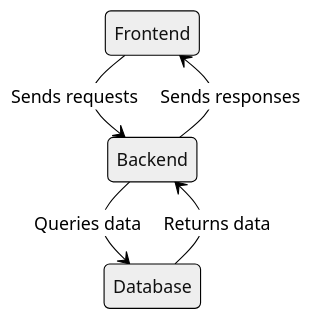
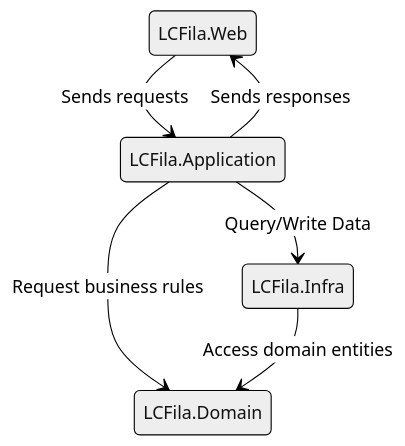
Before and after one commit to luigicfilho/SuaVez: the diagram in docs/architectural/system-architecture-diagram.md, drawn with Mermaid (neutral theme). The commit also changed other lines of this file, not shown here.

````diff
--- a/docs/architectural/system-architecture-diagram.md
+++ b/docs/architectural/system-architecture-diagram.md
@@ -19,9 +24,11 @@
 ```mermaid
 stateDiagram
     accTitle: System Architecture Diagram
     accDescr: Diagram showing the interaction between Frontend, Backend, and Database.
-    Frontend --> Backend: Sends requests
-    Backend --> Database: Queries data
-    Database --> Backend: Returns data
-    Backend --> Frontend: Sends responses
+    LCFila.Web --> LCFila.Application: Sends requests
+    LCFila.Application --> LCFila.Web: Sends responses
+    LCFila.Application --> LCFila.Domain: Request business rules
+    LCFila.Application --> LCFila.Infra: Query/Write Data
+    LCFila.Infra --> LCFila.Domain: Access domain entities
+    
 ```
````
